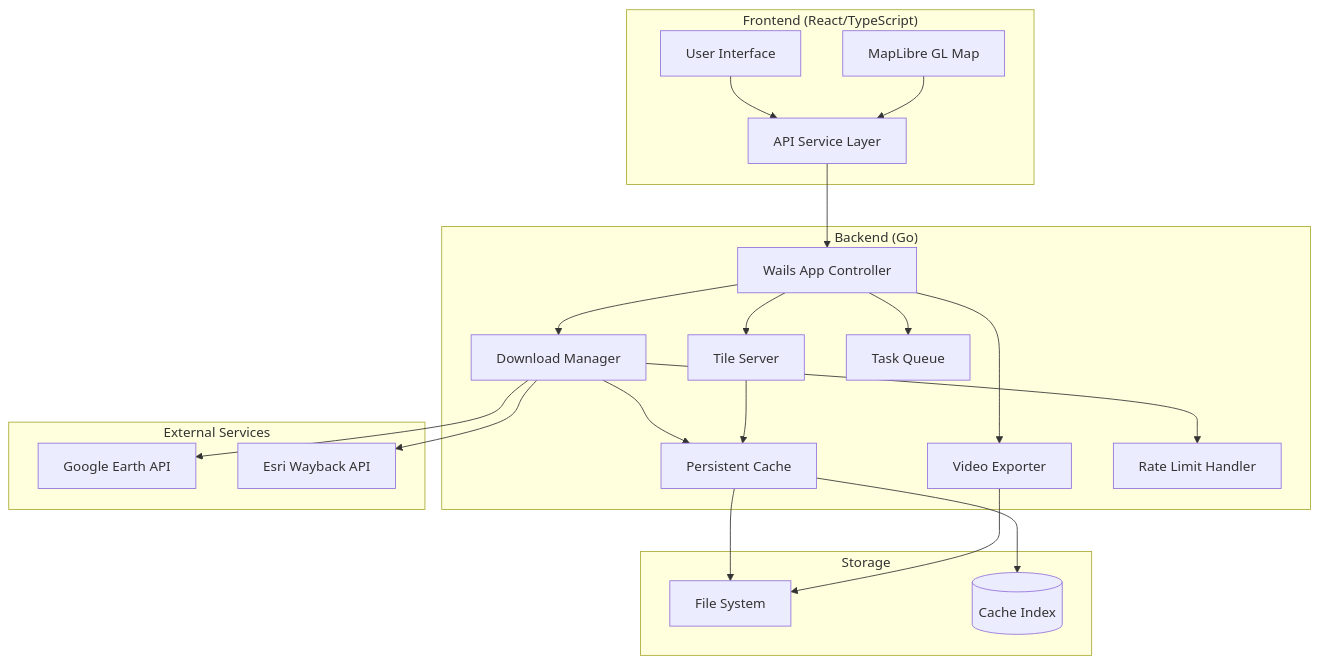
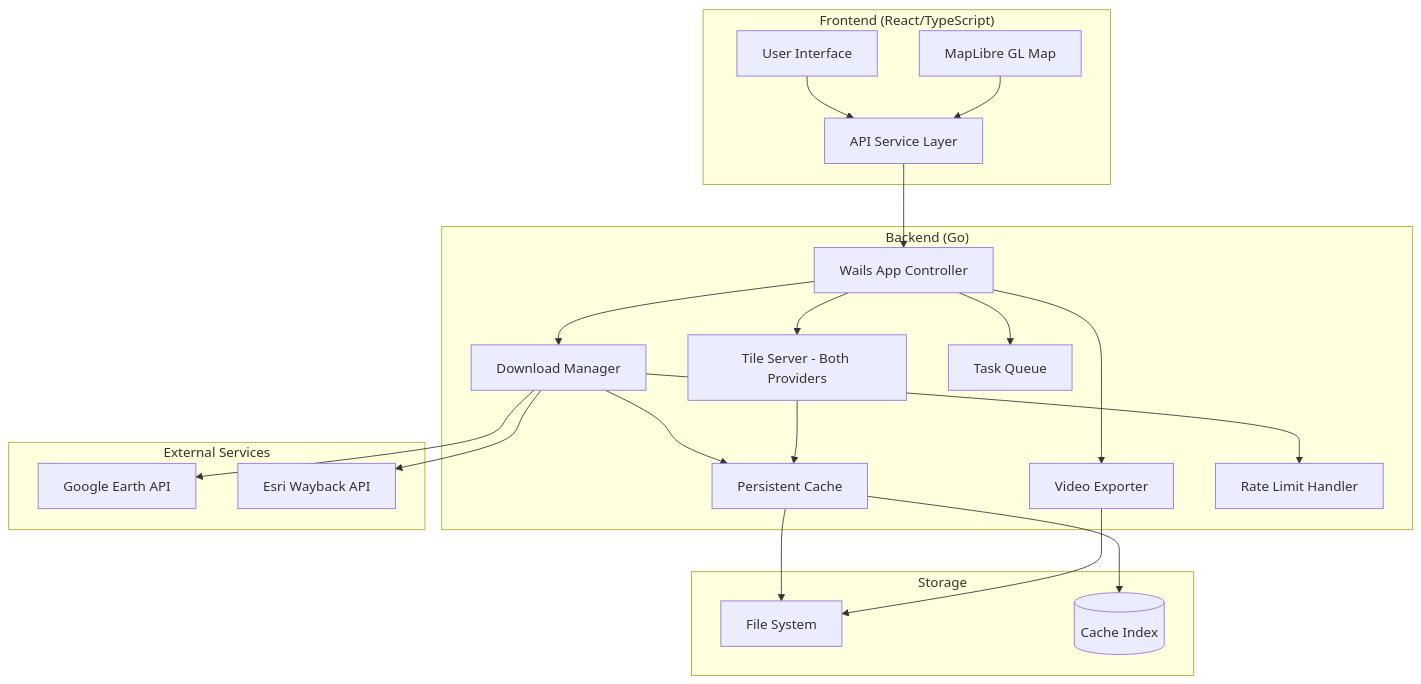
The first of 4 diagrams in README.md (walkthru-earth/imagery-desktop), drawn with Mermaid before and after one commit. The commit also changed other lines of this file and 27 other files, not shown here.

````diff
--- a/README.md
+++ b/README.md
@@ -21,44 +25,44 @@
 ```mermaid
 graph TB
     subgraph "Frontend (React/TypeScript)"
         UI[User Interface]
         ML[MapLibre GL Map]
         API[API Service Layer]
     end
 
     subgraph "Backend (Go)"
         APP[Wails App Controller]
-        TS[Tile Server]
+        TS[Tile Server - Both Providers]
         CACHE[Persistent Cache]
         DL[Download Manager]
         VE[Video Exporter]
         TQ[Task Queue]
         RL[Rate Limit Handler]
     end
 
     subgraph "External Services"
         GE[Google Earth API]
         ES[Esri Wayback API]
     end
 
     subgraph "Storage"
         DISK[File System]
         DB[(Cache Index)]
     end
 
     UI --> API
     ML --> API
     API --> APP
     APP --> TS
     APP --> DL
     APP --> VE
     APP --> TQ
     DL --> RL
     DL --> CACHE
     TS --> CACHE
     CACHE --> DB
     CACHE --> DISK
     DL --> GE
     DL --> ES
     VE --> DISK
 ```
````
